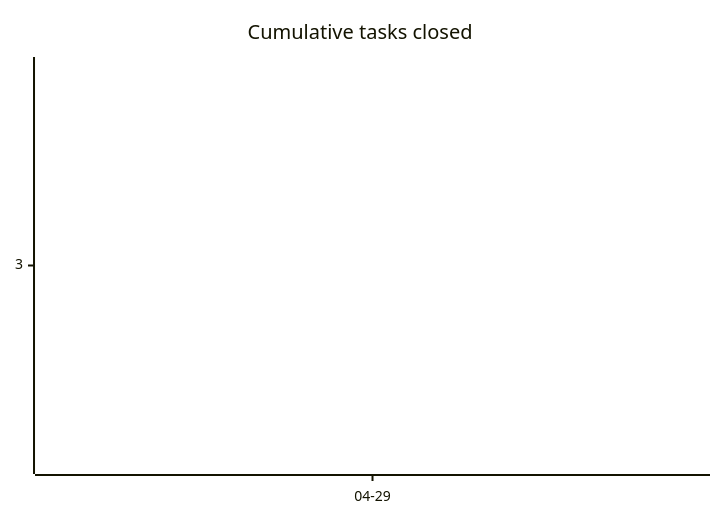
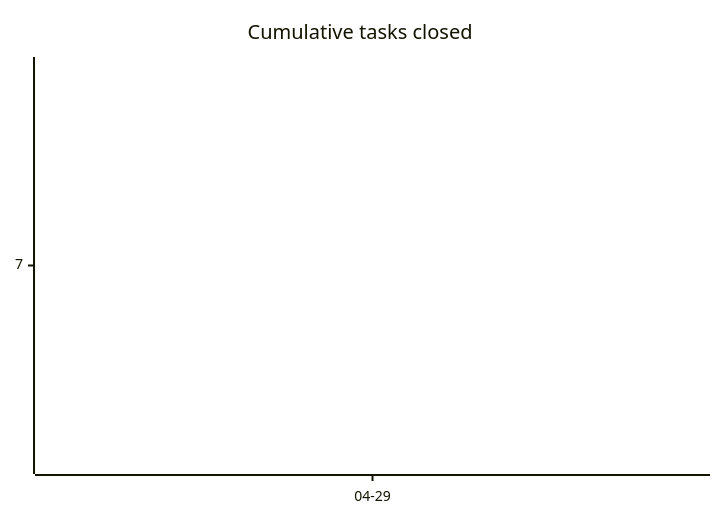
One commit to tgd1975/AwesomeStudioPedal changed the first of 3 diagrams in docs/developers/tasks/OVERVIEW.md. Above: the diagram before and after it, drawn with Mermaid. The commit also changed other lines of this file and 2 other files, not shown here.

````diff
--- a/docs/developers/tasks/OVERVIEW.md
+++ b/docs/developers/tasks/OVERVIEW.md
@@ -20,6 +20,6 @@
 ```mermaid
 xychart-beta
     title "Cumulative tasks closed"
     x-axis ["04-29"]
-    line [3]
+    line [7]
 ```
````
